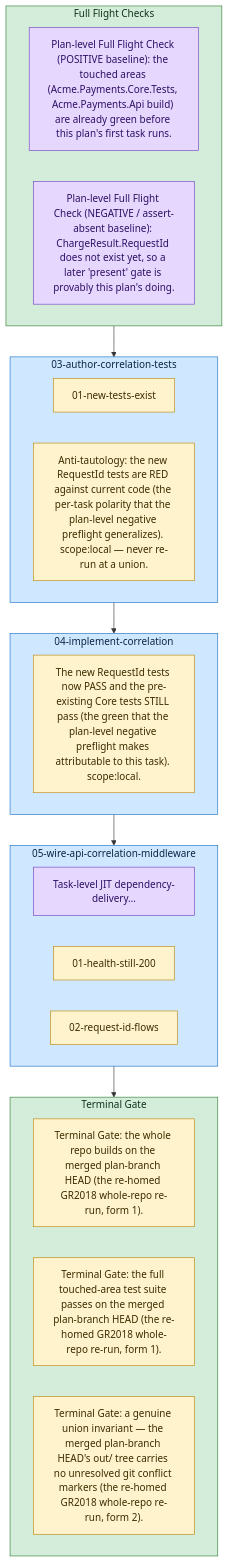
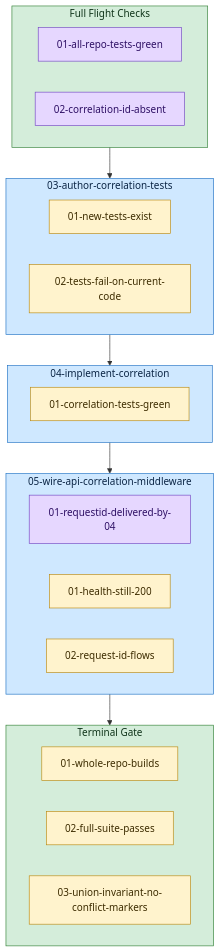
The diagram in docs/plans/09-preflight-first-class/example/example-plan/diagram.md (Servant-Software-LLC/Guardrails), drawn with Mermaid before and after one commit. The commit also changed other lines of this file and 7 other files, not shown here.

````diff
--- a/docs/plans/09-preflight-first-class/example/example-plan/diagram.md
+++ b/docs/plans/09-preflight-first-class/example/example-plan/diagram.md
@@ -3,35 +3,35 @@
 ```mermaid
 flowchart TD
   subgraph plan_preflights["Full Flight Checks"]
-    plan_preflights_0["Plan-level Full Flight Check (POSITIVE baseline): the touched areas (Acme.Payments.Core.Tests, Acme.Payments.Api build) are already green before this plan's first task runs."]:::preflight
-    plan_preflights_1["Plan-level Full Flight Check (NEGATIVE / assert-absent baseline): ChargeResult.RequestId does not exist yet, so a later 'present' gate is provably this plan's doing."]:::preflight
+    plan_preflights_0["01-all-repo-tests-green"]:::preflight
+    plan_preflights_1["02-correlation-id-absent"]:::preflight
   end
   style plan_preflights fill:#d4edda,stroke:#2e7d32,color:#10341a;
   subgraph task_03_author_correlation_tests["03-author-correlation-tests"]
     task_03_author_correlation_tests_gr_0["01-new-tests-exist"]:::guardrail
-    task_03_author_correlation_tests_gr_1["Anti-tautology: the new RequestId tests are RED against current code (the per-task polarity that the plan-level negative preflight generalizes). scope:local — never re-run at a union."]:::guardrail
+    task_03_author_correlation_tests_gr_1["02-tests-fail-on-current-code"]:::guardrail
   end
   style task_03_author_correlation_tests fill:#cfe8ff,stroke:#1b6ec2,color:#0b2545;
   subgraph task_04_implement_correlation["04-implement-correlation"]
-    task_04_implement_correlation_gr_0["The new RequestId tests now PASS and the pre-existing Core tests STILL pass (the green that the plan-level negative preflight makes attributable to this task). scope:local."]:::guardrail
+    task_04_implement_correlation_gr_0["01-correlation-tests-green"]:::guardrail
   end
   style task_04_implement_correlation fill:#cfe8ff,stroke:#1b6ec2,color:#0b2545;
   subgraph task_05_wire_api_correlation_middleware["05-wire-api-correlation-middleware"]
-    task_05_wire_api_correlation_middleware_pf_0["Task-level JIT dependency-delivery…"]:::preflight
+    task_05_wire_api_correlation_middleware_pf_0["01-requestid-delivered-by-04"]:::preflight
     task_05_wire_api_correlation_middleware_gr_0["01-health-still-200"]:::guardrail
     task_05_wire_api_correlation_middleware_gr_1["02-request-id-flows"]:::guardrail
   end
   style task_05_wire_api_correlation_middleware fill:#cfe8ff,stroke:#1b6ec2,color:#0b2545;
   subgraph plan_guardrails["Terminal Gate"]
-    plan_guardrails_0["Terminal Gate: the whole repo builds on the merged plan-branch HEAD (the re-homed GR2018 whole-repo re-run, form 1)."]:::guardrail
-    plan_guardrails_1["Terminal Gate: the full touched-area test suite passes on the merged plan-branch HEAD (the re-homed GR2018 whole-repo re-run, form 1)."]:::guardrail
-    plan_guardrails_2["Terminal Gate: a genuine union invariant — the merged plan-branch HEAD's out/ tree carries no unresolved git conflict markers (the re-homed GR2018 whole-repo re-run, form 2)."]:::guardrail
+    plan_guardrails_0["01-whole-repo-builds"]:::guardrail
+    plan_guardrails_1["02-full-suite-passes"]:::guardrail
+    plan_guardrails_2["03-union-invariant-no-conflict-markers"]:::guardrail
   end
   style plan_guardrails fill:#d4edda,stroke:#2e7d32,color:#10341a;
   plan_preflights --> task_03_author_correlation_tests
   task_03_author_correlation_tests --> task_04_implement_correlation
   task_04_implement_correlation --> task_05_wire_api_correlation_middleware
   task_05_wire_api_correlation_middleware --> plan_guardrails
   classDef preflight fill:#e6d7ff,stroke:#6f42c1,color:#2e1065;
   classDef guardrail fill:#fff3cd,stroke:#b8860b,color:#3d2c00;
 ```
````
